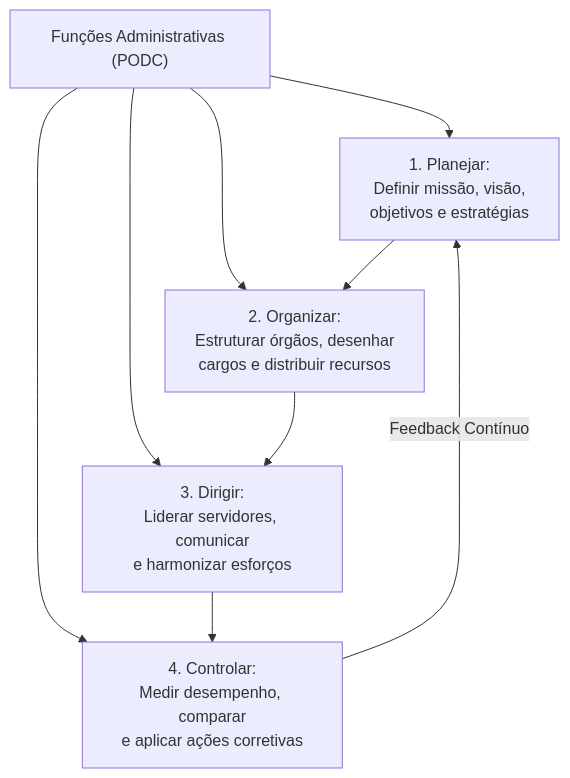
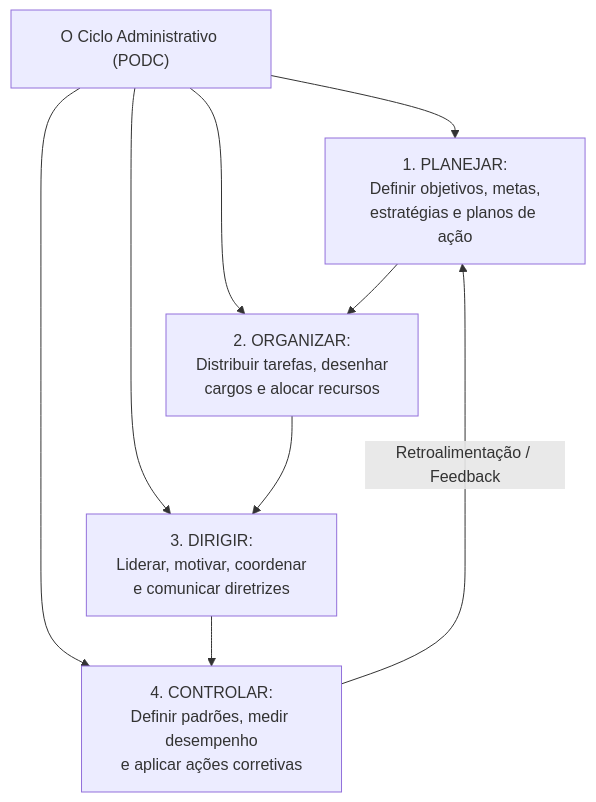
The fourth of 5 diagrams in fontes_de_estudo/conhecimentos_especificos_a01_tecnico_administrativo/21_nocoes_de_administracao_publica/01_organizacoes_formais_estruturas_e_processo_organizacional.md (thiagosantos346/TCE-GO-2027), drawn with Mermaid before and after one commit. The commit also changed other lines of this file and 119 other files, not shown here.

````diff
--- a/fontes_de_estudo/conhecimentos_especificos_a01_tecnico_administrativo/21_nocoes_de_administracao_publica/01_organizacoes_formais_estruturas_e_processo_organizacional.md
+++ b/fontes_de_estudo/conhecimentos_especificos_a01_tecnico_administrativo/21_nocoes_de_administracao_publica/01_organizacoes_formais_estruturas_e_processo_organizacional.md
@@ -166,11 +188,11 @@
 ```mermaid
 flowchart TD
-    PODC["Funções Administrativas (PODC)"]
+    PODC["O Ciclo Administrativo (PODC)"]
     
-    PODC --> P["1. Planejar:<br/>Definir missão, visão,<br/>objetivos e estratégias"]
-    PODC --> O["2. Organizar:<br/>Estruturar órgãos, desenhar<br/>cargos e distribuir recursos"]
-    PODC --> D["3. Dirigir:<br/>Liderar servidores, comunicar<br/>e harmonizar esforços"]
-    PODC --> C["4. Controlar:<br/>Medir desempenho, comparar<br/>e aplicar ações corretivas"]
+    PODC --> P["1. PLANEJAR:<br/>Definir objetivos, metas,<br/>estratégias e planos de ação"]
+    PODC --> O["2. ORGANIZAR:<br/>Distribuir tarefas, desenhar<br/>cargos e alocar recursos"]
+    PODC --> D["3. DIRIGIR:<br/>Liderar, motivar, coordenar<br/>e comunicar diretrizes"]
+    PODC --> C["4. CONTROLAR:<br/>Definir padrões, medir desempenho<br/>e aplicar ações corretivas"]
     
-    P --> O --> D --> C -->|Feedback Contínuo| P
+    P --> O --> D --> C -->|Retroalimentação / Feedback| P
 ```
````
